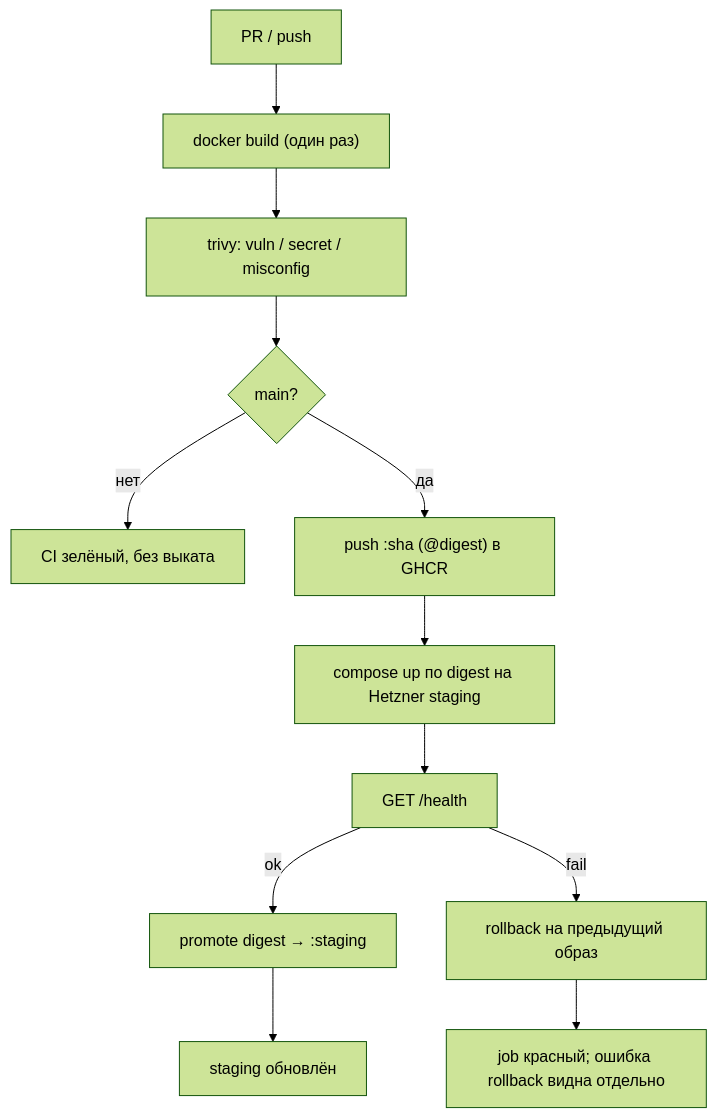
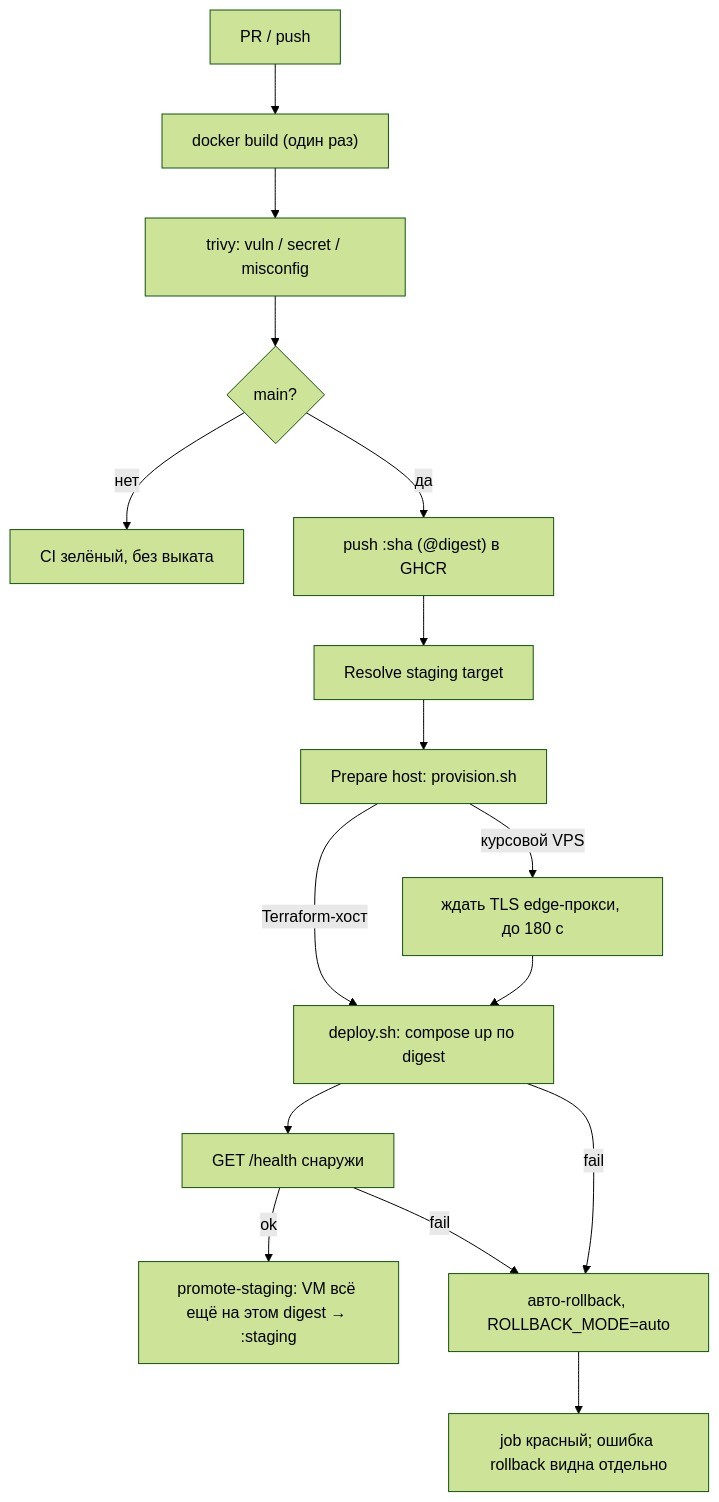
Before and after one commit to larchanka-training/dmc-268-ui-t6: the diagram in docs/CICD.md, drawn with Mermaid (forest theme). The commit also changed other lines of this file, not shown here.

First line of the commit message:
docs(ci): document the staging targets, edge contract and rollback

````diff
--- a/docs/CICD.md
+++ b/docs/CICD.md
@@ -15,14 +15,18 @@
 ```mermaid
 flowchart TD
   pr["PR / push"] --> build["docker build (один раз)"]
   build --> scan["trivy: vuln / secret / misconfig"]
   scan --> gate{"main?"}
   gate -->|нет| stop["CI зелёный, без выката"]
   gate -->|да| push["push :sha (@digest) в GHCR"]
-  push --> deploy["compose up по digest на Hetzner staging"]
-  deploy --> health["GET /health"]
-  health -->|ok| promote["promote digest → :staging"]
-  promote --> done["staging обновлён"]
-  health -->|fail| rb["rollback на предыдущий образ"]
+  push --> target["Resolve staging target"]
+  target --> prep["Prepare host: provision.sh"]
+  prep -->|Terraform-хост| deploy["deploy.sh: compose up по digest"]
+  prep -->|курсовой VPS| tls["ждать TLS edge-прокси, до 180 с"]
+  tls --> deploy
+  deploy --> health["GET /health снаружи"]
+  health -->|ok| promote["promote-staging: VM всё ещё на этом digest → :staging"]
+  health -->|fail| rb["авто-rollback, ROLLBACK_MODE=auto"]
+  deploy -->|fail| rb
   rb --> fail["job красный; ошибка rollback видна отдельно"]
 ```
````
